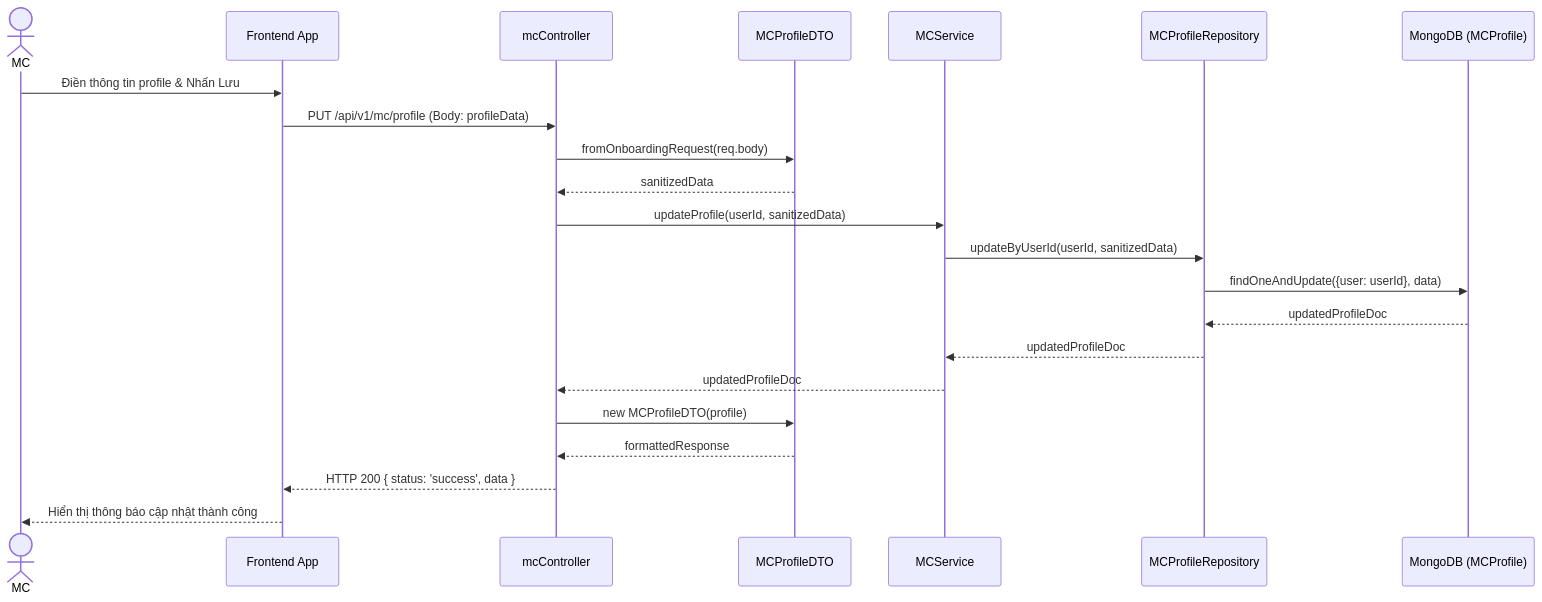
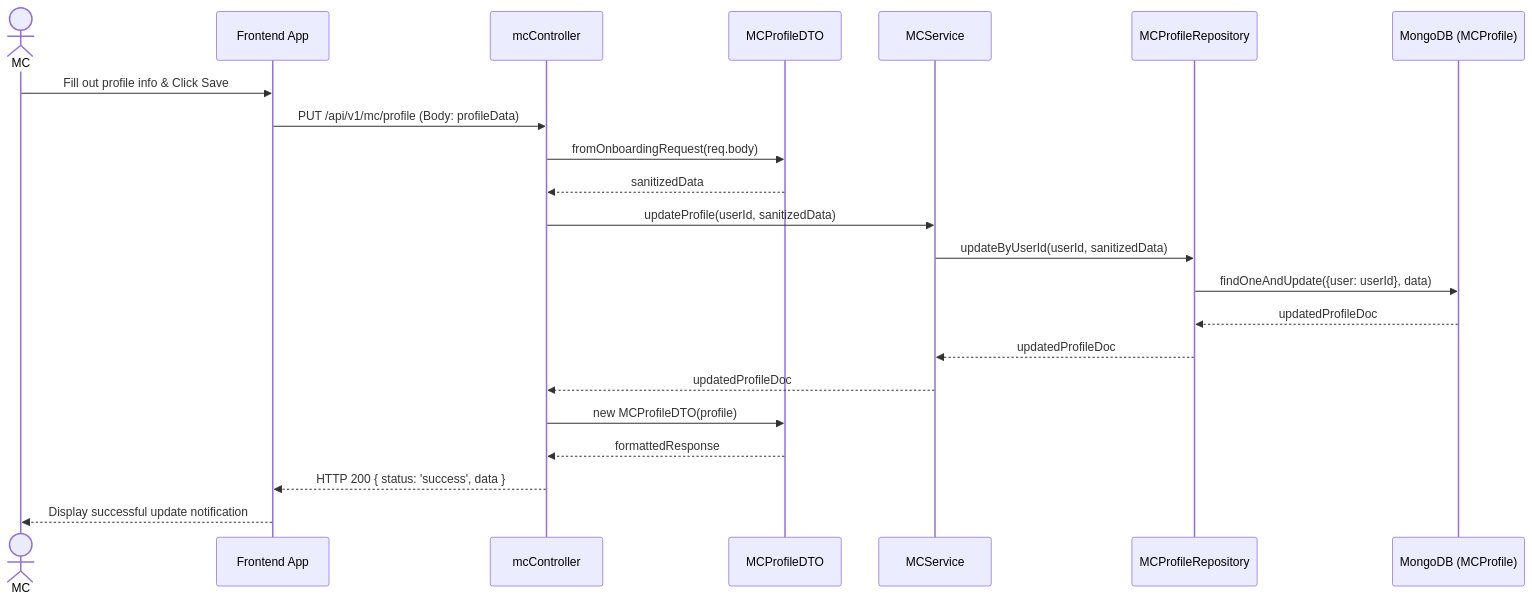
One commit to dat-21/SWD392 changed the third of 13 diagrams in UC_Backend_Design_Details.md. Above: the diagram before and after it, drawn with Mermaid. The commit also changed other lines of this file and 1 other file, not shown here.

````diff
--- a/UC_Backend_Design_Details.md
+++ b/UC_Backend_Design_Details.md
@@ -70,25 +70,25 @@
 ```mermaid
 sequenceDiagram
     actor MC
     participant FE as Frontend App
     participant Ctrl as mcController
     participant DTO as MCProfileDTO
     participant Svc as MCService
     participant Repo as MCProfileRepository
     participant DB as MongoDB (MCProfile)
 
-    MC->>FE: Điền thông tin profile & Nhấn Lưu
+    MC->>FE: Fill out profile info & Click Save
     FE->>Ctrl: PUT /api/v1/mc/profile (Body: profileData)
     Ctrl->>DTO: fromOnboardingRequest(req.body)
     DTO-->>Ctrl: sanitizedData
     Ctrl->>Svc: updateProfile(userId, sanitizedData)
     Svc->>Repo: updateByUserId(userId, sanitizedData)
     Repo->>DB: findOneAndUpdate({user: userId}, data)
     DB-->>Repo: updatedProfileDoc
     Repo-->>Svc: updatedProfileDoc
     Svc-->>Ctrl: updatedProfileDoc
     Ctrl->>DTO: new MCProfileDTO(profile)
     DTO-->>Ctrl: formattedResponse
     Ctrl-->>FE: HTTP 200 { status: 'success', data }
-    FE-->>MC: Hiển thị thông báo cập nhật thành công
+    FE-->>MC: Display successful update notification
 ```
````
